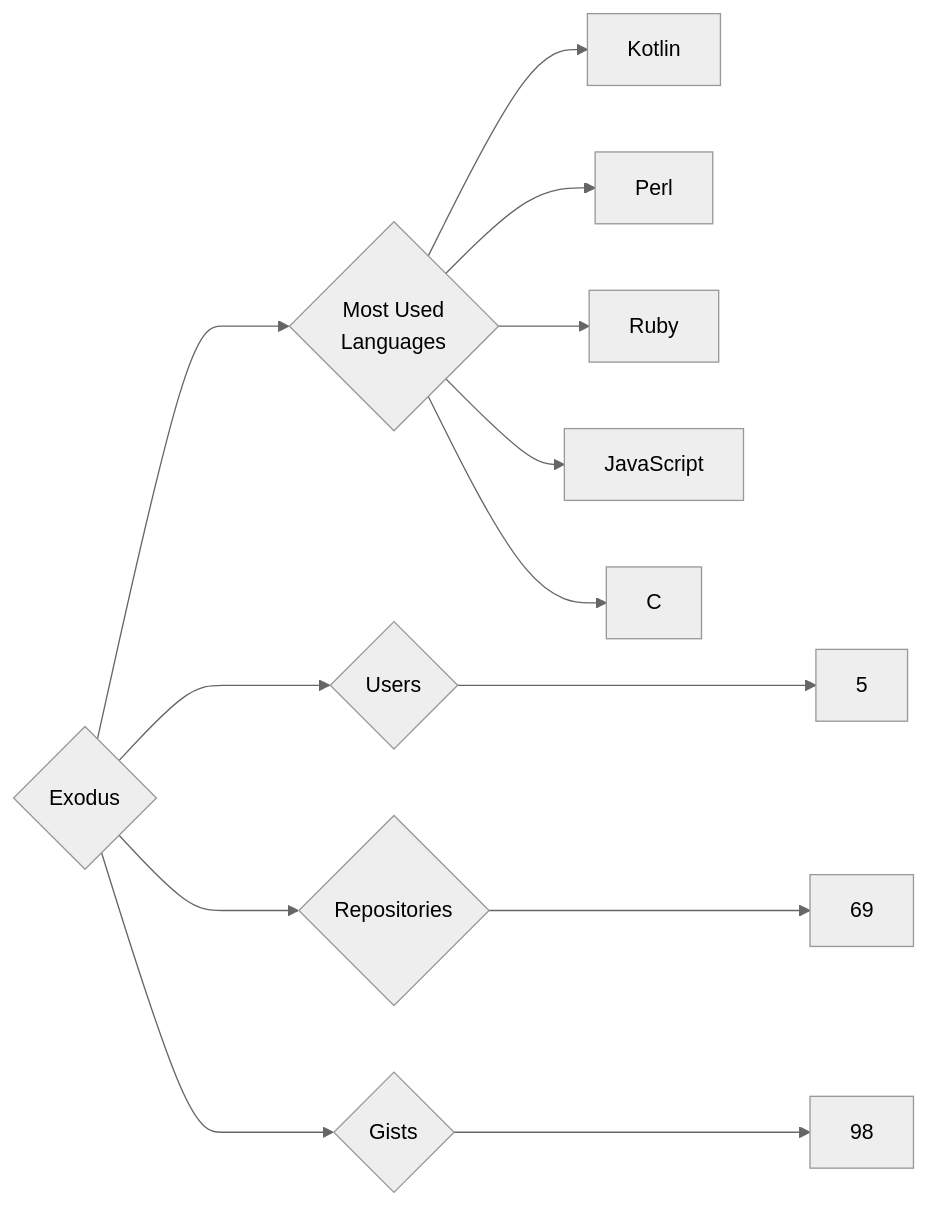
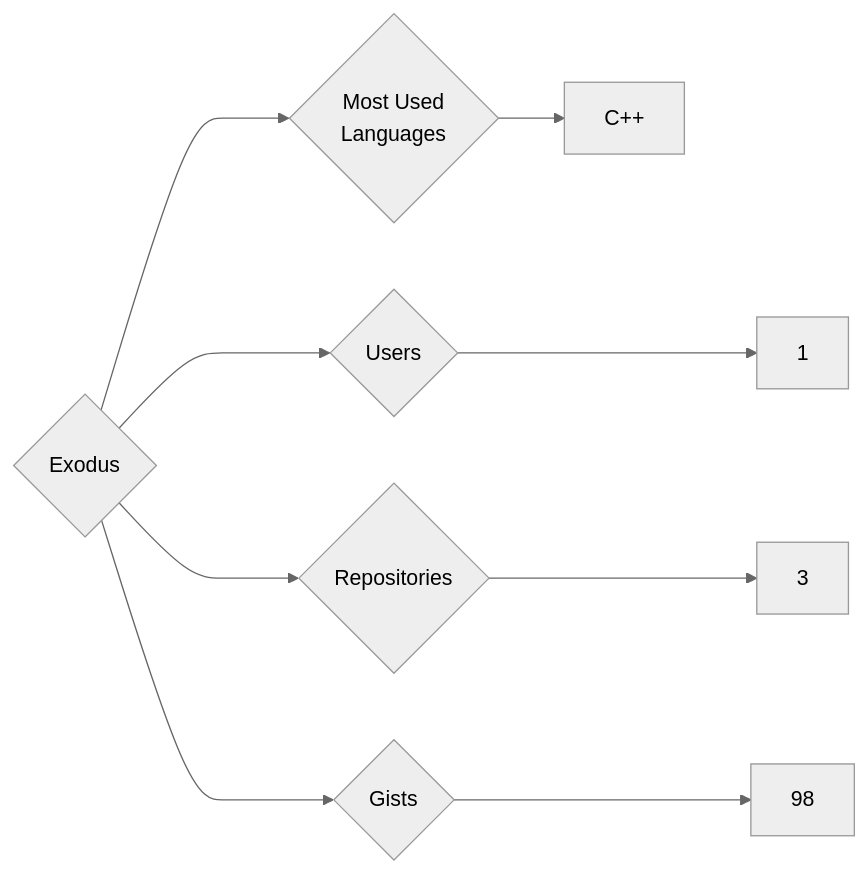
One commit to trickest/insiders changed the diagram in targets/Exodus/README.md. Above: the diagram before and after it, drawn with Mermaid (neutral theme). The commit also changed 873 other files, not shown here.

````diff
--- a/targets/Exodus/README.md
+++ b/targets/Exodus/README.md
@@ -3,13 +3,9 @@
 ```mermaid
 graph LR
 COMPANY_NAME{Exodus}
-COMPANY_NAME ---> U{Users} ---> UN[5]
-COMPANY_NAME ---> R{Repositories} ---> RN[69]
+COMPANY_NAME ---> U{Users} ---> UN[1]
+COMPANY_NAME ---> R{Repositories} ---> RN[3]
 COMPANY_NAME ---> G{Gists} ---> GN[98]
 COMPANY_NAME ---> ML{Most Used<br>Languages}
-ML --> Kotlin[Kotlin]
-ML --> Perl[Perl]
-ML --> Ruby[Ruby]
-ML --> JavaScript[JavaScript]
-ML --> C[C]
+ML --> C++[C++]
 ```
````
